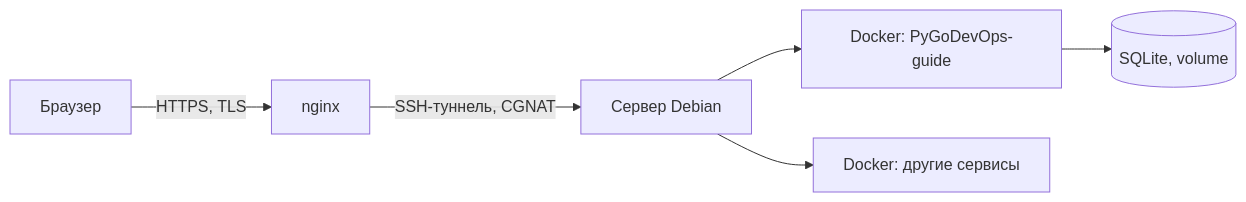
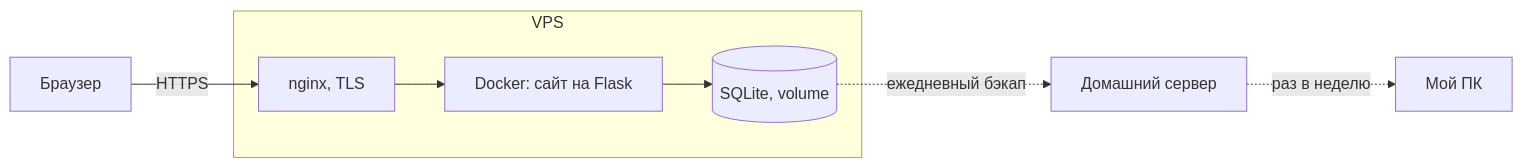
Before and after one commit to Itegin/itegin: the diagram in README.ru.md, drawn with Mermaid. The commit also changed other lines of this file and 1 other file, not shown here.

Commit message:
Profile: Linux & Monitoring Engineer, current experience, site on VPS

````diff
--- a/README.ru.md
+++ b/README.ru.md
@@ -72,8 +74,9 @@
 ```mermaid
 flowchart LR
-    U[Браузер] -->|HTTPS, TLS| N[nginx]
-    N -->|SSH-туннель, CGNAT| S[Сервер Debian]
-    S --> D1[Docker: PyGoDevOps-guide]
-    S --> D2[Docker: другие сервисы]
-    D1 --> DB[(SQLite, volume)]
+    U[Браузер] -->|HTTPS| N[nginx, TLS]
+    subgraph VPS
+        N --> A[Docker: сайт на Flask]
+        A --> DB[(SQLite, volume)]
+    end
+    DB -. ежедневный бэкап .-> H[Домашний сервер] -. раз в неделю .-> P[Мой ПК]
 ```
````
